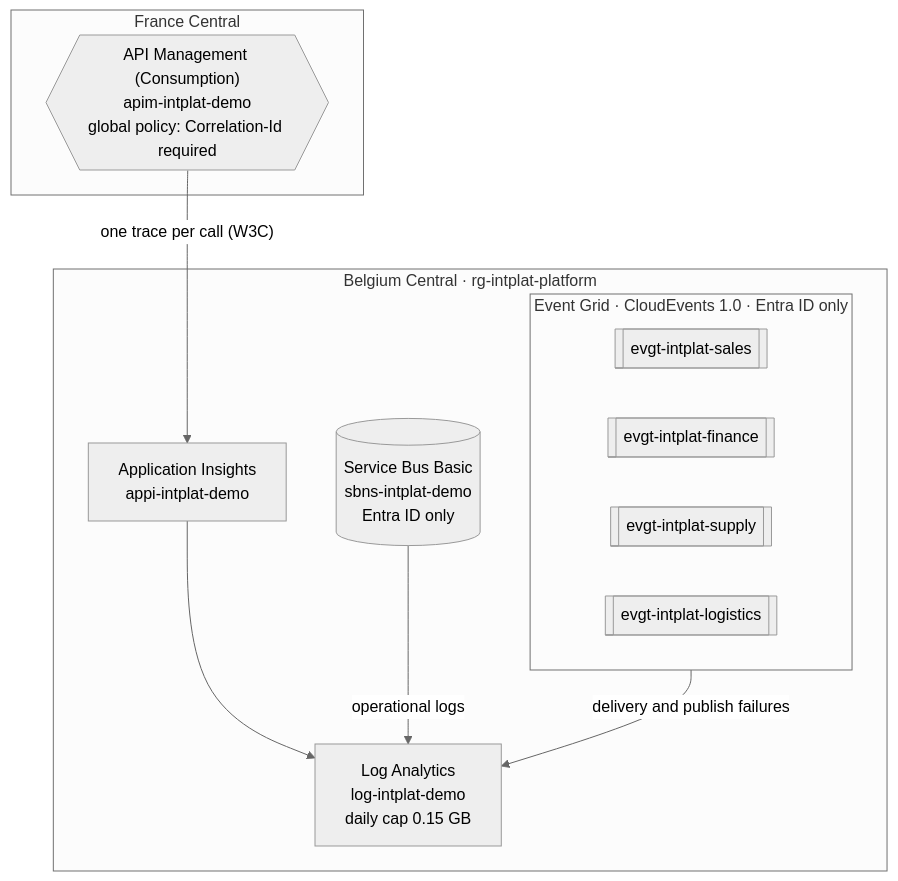
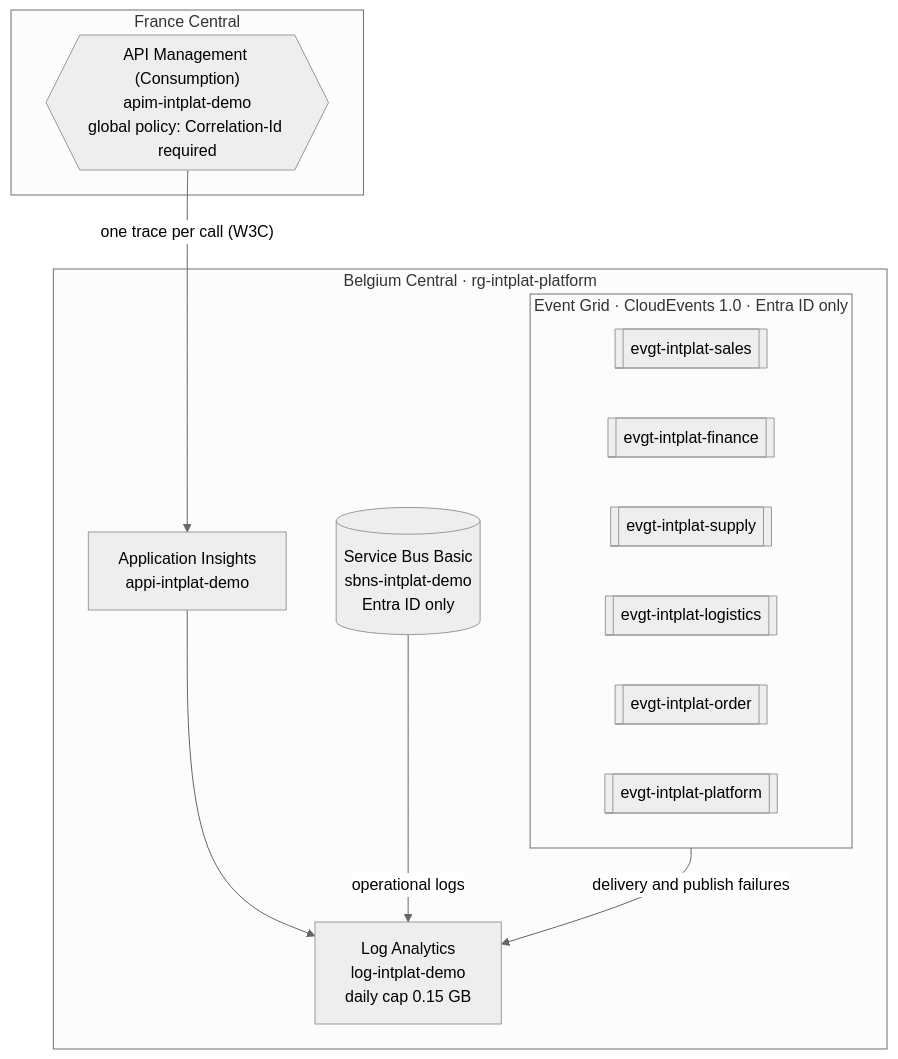
Before and after one commit to azure-intelligence-domain/integration-platform: the first of 2 diagrams in README.md, drawn with Mermaid (neutral theme). The commit also changed other lines of this file and 14 other files, not shown here.

````diff
--- a/README.md
+++ b/README.md
@@ -10,20 +11,22 @@
 ```mermaid
 flowchart TB
     subgraph fr["France Central"]
         apim{{"API Management (Consumption)<br/>apim-intplat-demo<br/>global policy: Correlation-Id required"}}
     end
     subgraph be["Belgium Central · rg-intplat-platform"]
         subgraph eg["Event Grid · CloudEvents 1.0 · Entra ID only"]
             t1[["evgt-intplat-sales"]]
             t2[["evgt-intplat-finance"]]
             t3[["evgt-intplat-supply"]]
             t4[["evgt-intplat-logistics"]]
+            t5[["evgt-intplat-order"]]
+            t6[["evgt-intplat-platform"]]
         end
         sb[("Service Bus Basic<br/>sbns-intplat-demo<br/>Entra ID only")]
         appi["Application Insights<br/>appi-intplat-demo"]
         log["Log Analytics<br/>log-intplat-demo<br/>daily cap 0.15 GB"]
     end
     apim -- "one trace per call (W3C)" --> appi --> log
     eg -- "delivery and publish failures" --> log
     sb -- "operational logs" --> log
 ```
````
